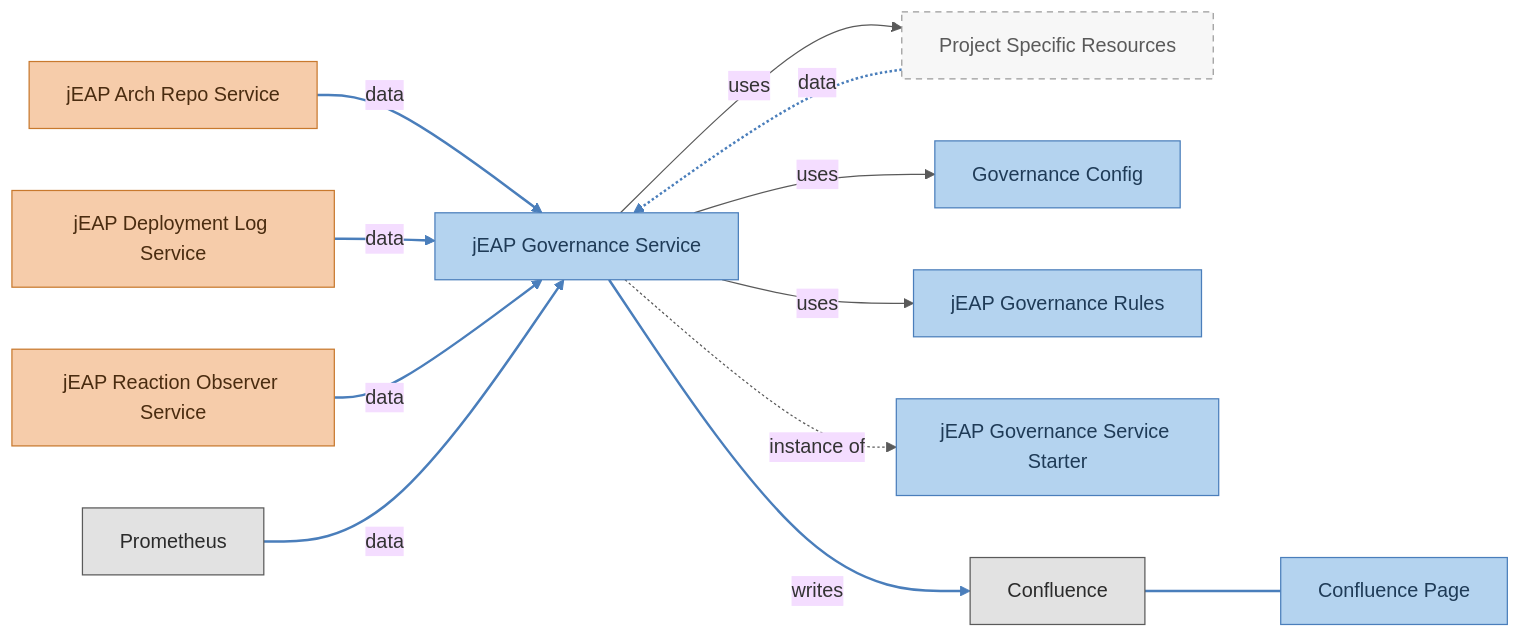
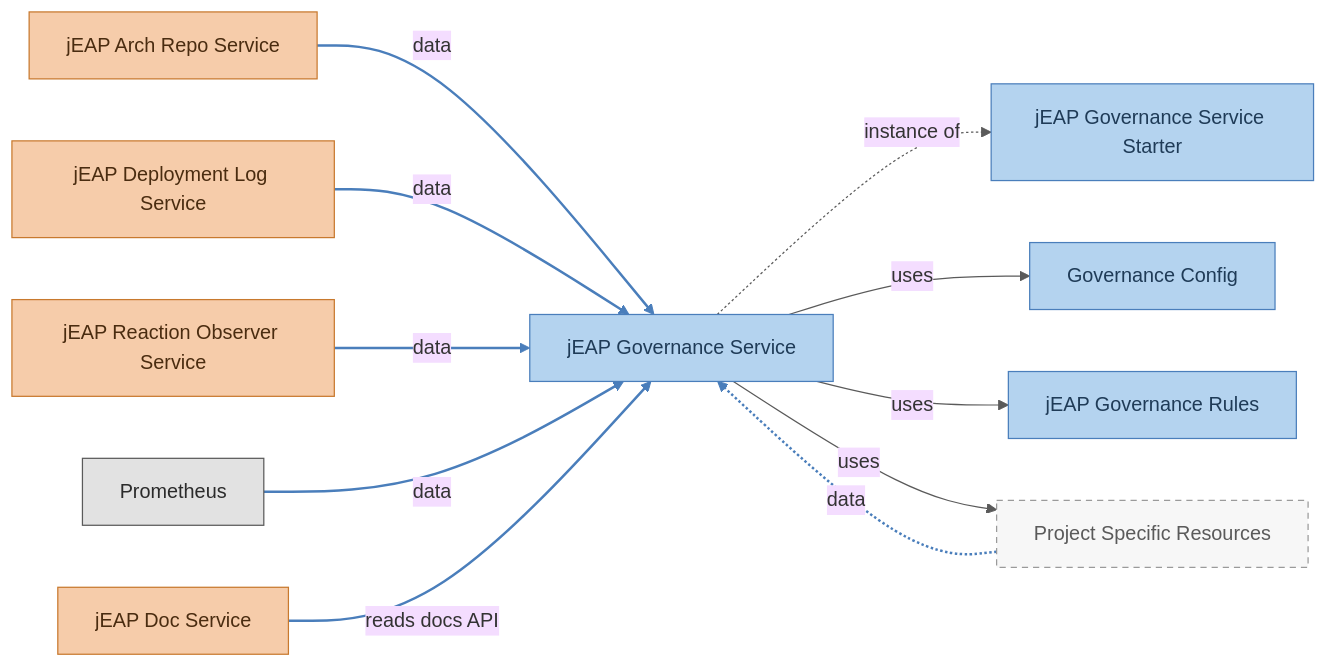
The first of 15 diagrams in docs/architecture.md (jeap-admin-ch/jeap-governance-service), drawn with Mermaid (base theme) before and after one commit. The commit also changed other lines of this file and 90 other files, not shown here.

Commit message:
JEAP-7781: remove confluence integration / reporting

````diff
--- a/docs/architecture.md
+++ b/docs/architecture.md
@@ -14,52 +14,50 @@
 ```mermaid
 flowchart LR
 
 %% ---------- Data sources ----------
     ARCH["jEAP Arch Repo Service"]
     DEPLOY["jEAP Deployment Log Service"]
     REACT["jEAP Reaction Observer Service"]
     PROM["Prometheus"]
     PSPEC["Project Specific Resources"]
 
 %% ---------- Configuration & rules ----------
     CONFIG["Governance Config"]
     RULES["jEAP Governance Rules"]
 
 %% ---------- Core ----------
     STARTER["jEAP Governance Service Starter"]
     GOV["jEAP Governance Service"]
 
 %% ---------- Output ----------
-    CONF["Confluence"]
-    PAGE["Confluence Page"]
+    DOC["jEAP Doc Service"]
 
 %% ---------- Relations ----------
     GOV -. "instance of" .-> STARTER
 
     GOV -- "uses" --> CONFIG
     GOV -- "uses" --> RULES
     GOV -- "uses" --> PSPEC
 
     ARCH -- "data" --> GOV
     DEPLOY -- "data" --> GOV
     REACT -- "data" --> GOV
     PROM -- "data" --> GOV
     PSPEC -. "data" .-> GOV
 
-    GOV -- "writes" --> CONF
-    CONF --- PAGE
+    DOC -- "reads docs API" --> GOV
 
 %% ---------- Styling ----------
     classDef jeap fill:#b4d3ef,stroke:#4a7ebb,stroke-width:1px,color:#1f3b57
     classDef service fill:#f6ccaa,stroke:#c8792e,stroke-width:1px,color:#4a2c10
     classDef external fill:#e2e2e2,stroke:#5a5a5a,stroke-width:1px,color:#2b2b2b
     classDef optional fill:#f7f7f7,stroke:#9a9a9a,stroke-width:1px,stroke-dasharray:5 4,color:#5a5a5a
 
-    class CONFIG,RULES,STARTER,GOV,PAGE jeap
-    class ARCH,DEPLOY,REACT service
-    class CONF,PROM external
+    class CONFIG,RULES,STARTER,GOV jeap
+    class ARCH,DEPLOY,REACT,DOC service
+    class PROM external
     class PSPEC optional
 
     linkStyle 0,1,2,3 stroke:#5a5a5a,stroke-width:1px
-    linkStyle 4,5,6,7,8,9,10 stroke:#4a7ebb,stroke-width:2px
+    linkStyle 4,5,6,7,8,9 stroke:#4a7ebb,stroke-width:2px
 ```
````
